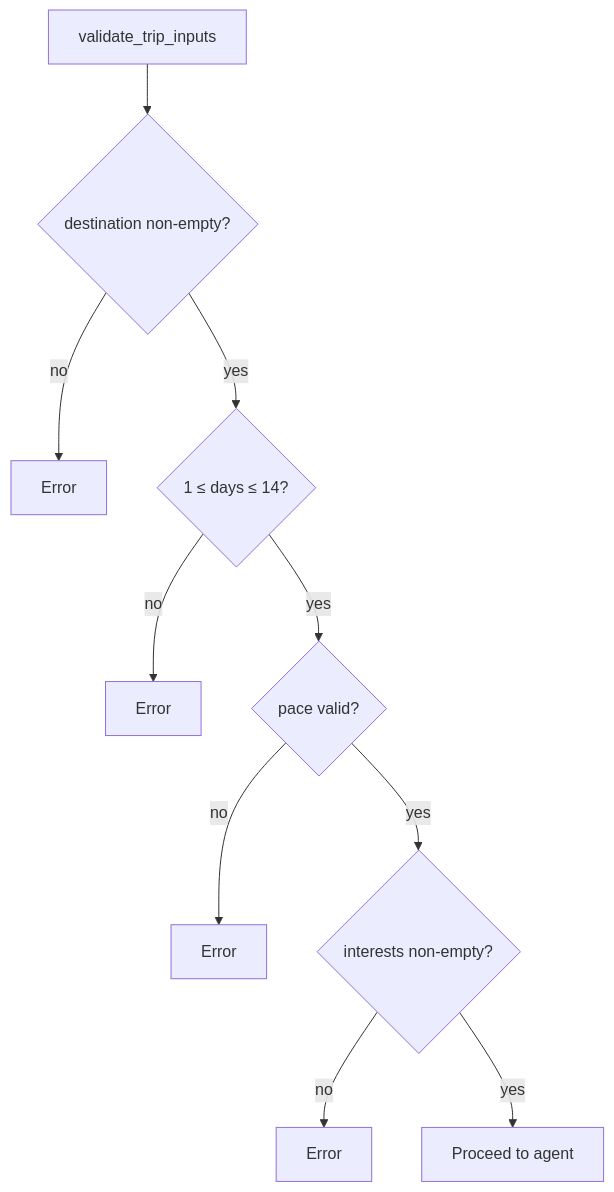
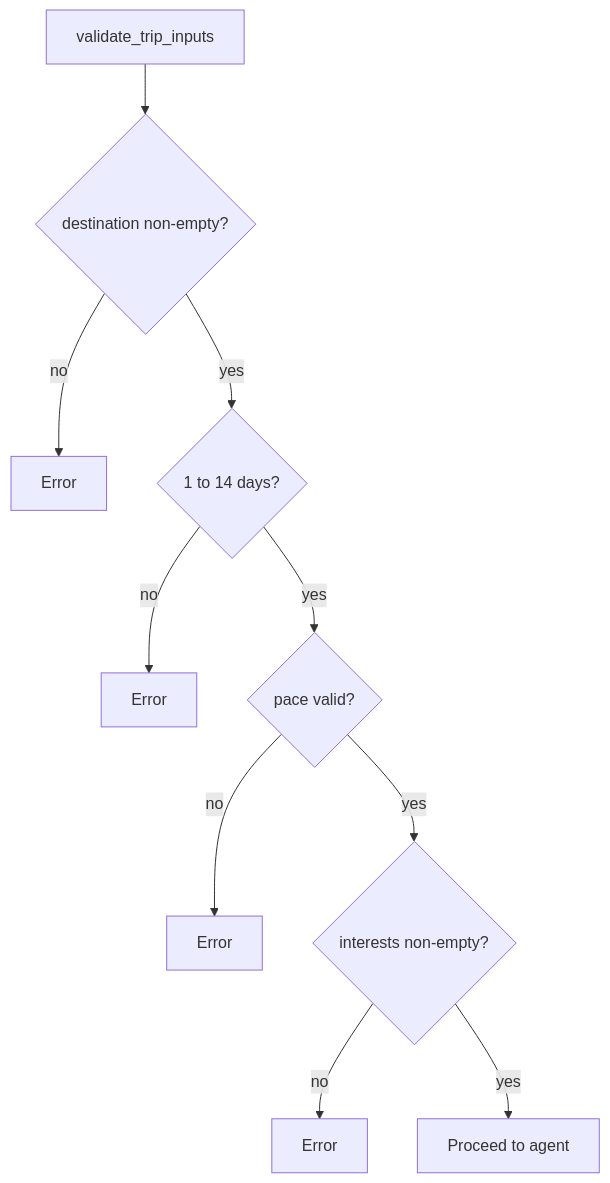
One commit to guptaastha1427/Trip-Planner changed diagram 12 of 19 in info.md. Above: the diagram before and after it, drawn with Mermaid. The commit also changed other lines of this file and 4 other files, not shown here.

````diff
--- a/info.md
+++ b/info.md
@@ -429,12 +430,12 @@
 ```mermaid
 flowchart TD
   V[validate_trip_inputs] --> D{destination non-empty?}
   D -->|no| E1[Error]
-  D -->|yes| Days{1 ≤ days ≤ 14?}
+  D -->|yes| Days{1 to 14 days?}
   Days -->|no| E2[Error]
   Days -->|yes| P{pace valid?}
   P -->|no| E3[Error]
   P -->|yes| I{interests non-empty?}
   I -->|no| E4[Error]
   I -->|yes| OK[Proceed to agent]
 ```
````
